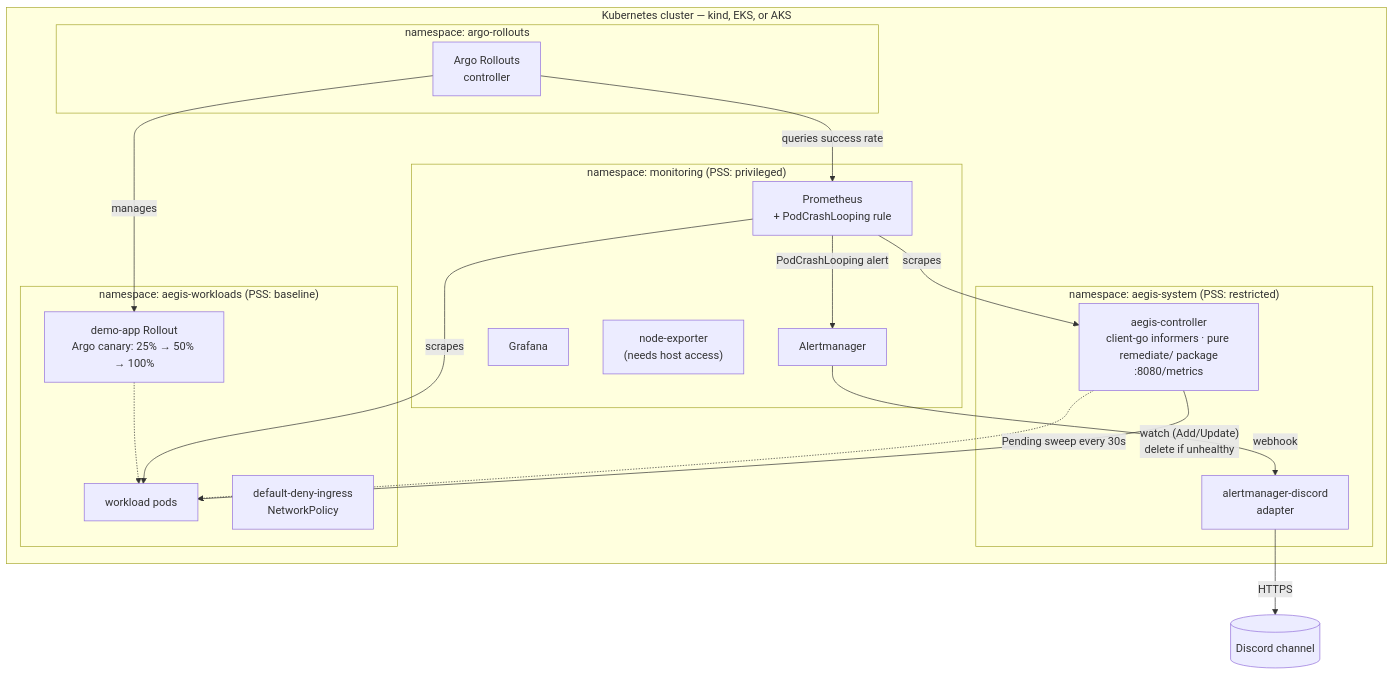
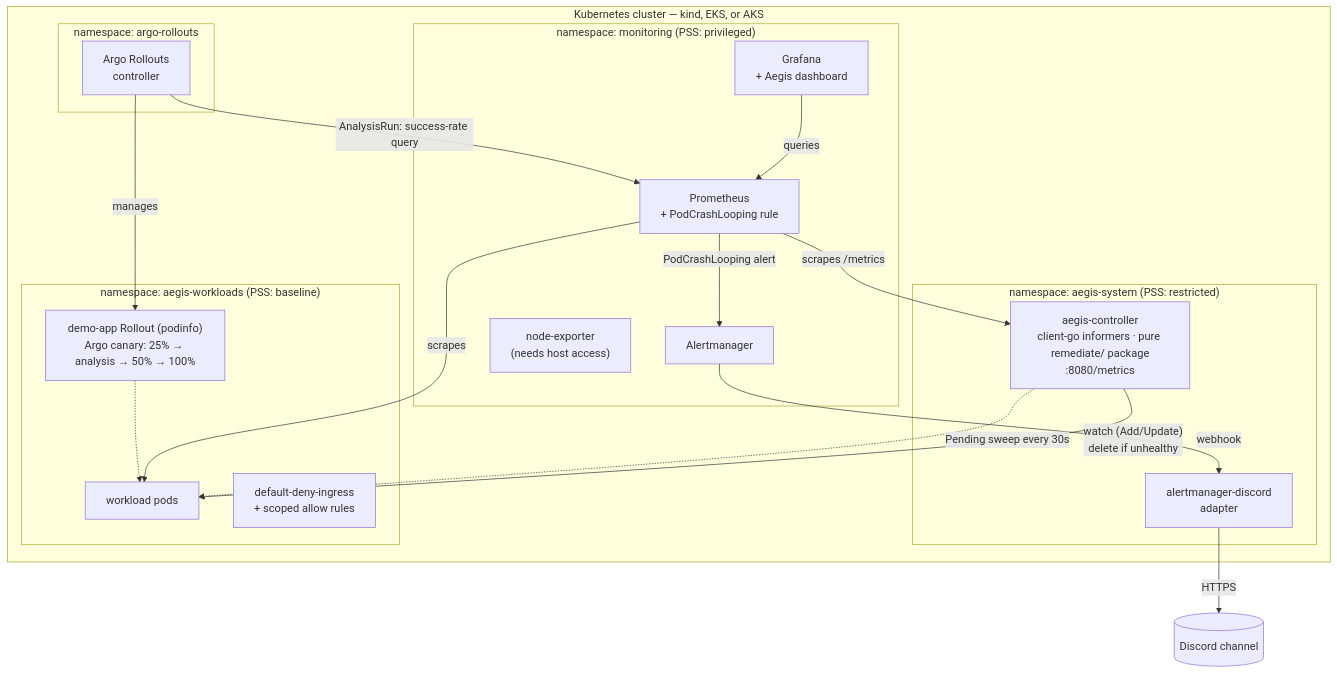
One commit to viditpawar/aegis-self-healing-k8s changed the diagram in README.md. Above: the diagram before and after it, drawn with Mermaid. The commit also changed other lines of this file, not shown here.

Commit message:
Update README: Grafana dashboard, dedup fix, working canary demo, corrected kindnet NetworkPolicy enforcement claim

````diff
--- a/README.md
+++ b/README.md
@@ -21,39 +21,40 @@
 ```mermaid
 flowchart TB
     subgraph cluster["Kubernetes cluster — kind, EKS, or AKS"]
         subgraph ns_system["namespace: aegis-system  (PSS: restricted)"]
             controller["aegis-controller\nclient-go informers · pure remediate/ package\n:8080/metrics"]
             discordAdapter["alertmanager-discord\nadapter"]
         end
 
         subgraph ns_workloads["namespace: aegis-workloads  (PSS: baseline)"]
-            rollout["demo-app Rollout\nArgo canary: 25% → 50% → 100%"]
+            rollout["demo-app Rollout (podinfo)\nArgo canary: 25% → analysis → 50% → 100%"]
             pods["workload pods"]
-            netpol["default-deny-ingress\nNetworkPolicy"]
+            netpol["default-deny-ingress\n+ scoped allow rules"]
         end
 
         subgraph ns_monitoring["namespace: monitoring  (PSS: privileged)"]
             prometheus["Prometheus\n+ PodCrashLooping rule"]
             alertmanager["Alertmanager"]
-            grafana["Grafana"]
+            grafana["Grafana\n+ Aegis dashboard"]
             nodeExporter["node-exporter\n(needs host access)"]
         end
 
         subgraph ns_rollouts["namespace: argo-rollouts"]
             rolloutsCtrl["Argo Rollouts\ncontroller"]
         end
     end
 
     discord[("Discord channel")]
 
     controller -- "watch (Add/Update)\ndelete if unhealthy" --> pods
     controller -. "Pending sweep every 30s" .-> pods
     prometheus -- scrapes --> pods
-    prometheus -- scrapes --> controller
+    prometheus -- "scrapes /metrics" --> controller
     prometheus -- "PodCrashLooping alert" --> alertmanager
     alertmanager -- webhook --> discordAdapter
     discordAdapter -- HTTPS --> discord
+    grafana -- queries --> prometheus
     rolloutsCtrl -- manages --> rollout
-    rolloutsCtrl -- "queries success rate" --> prometheus
+    rolloutsCtrl -- "AnalysisRun: success-rate query" --> prometheus
     rollout -.-> pods
 ```
````
